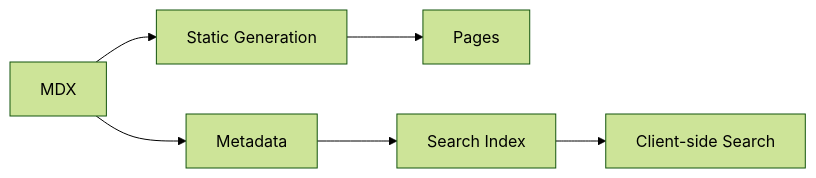
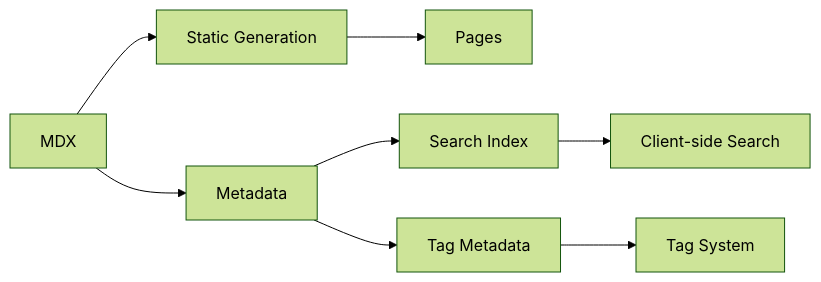
One commit to ktakahiro150397/matome-blog changed the fourth of 4 diagrams in .github/memory-bank/systemPatterns.md. Above: the diagram before and after it, drawn with Mermaid (forest theme). The commit also changed other lines of this file and 9 other files, not shown here.

First line of the commit message:
feat(tags): add tag management features including tag pages and tag cloud component

````diff
--- a/.github/memory-bank/systemPatterns.md
+++ b/.github/memory-bank/systemPatterns.md
@@ -54,8 +79,10 @@
 ```mermaid
 flowchart LR
     MDX --> Static[Static Generation]
     Static --> Pages[Pages]
     MDX --> Meta[Metadata]
     Meta --> Search[Search Index]
     Search --> Client[Client-side Search]
+    Meta --> Tags[Tag Metadata]
+    Tags --> TagSystem[Tag System]
 ```
````
